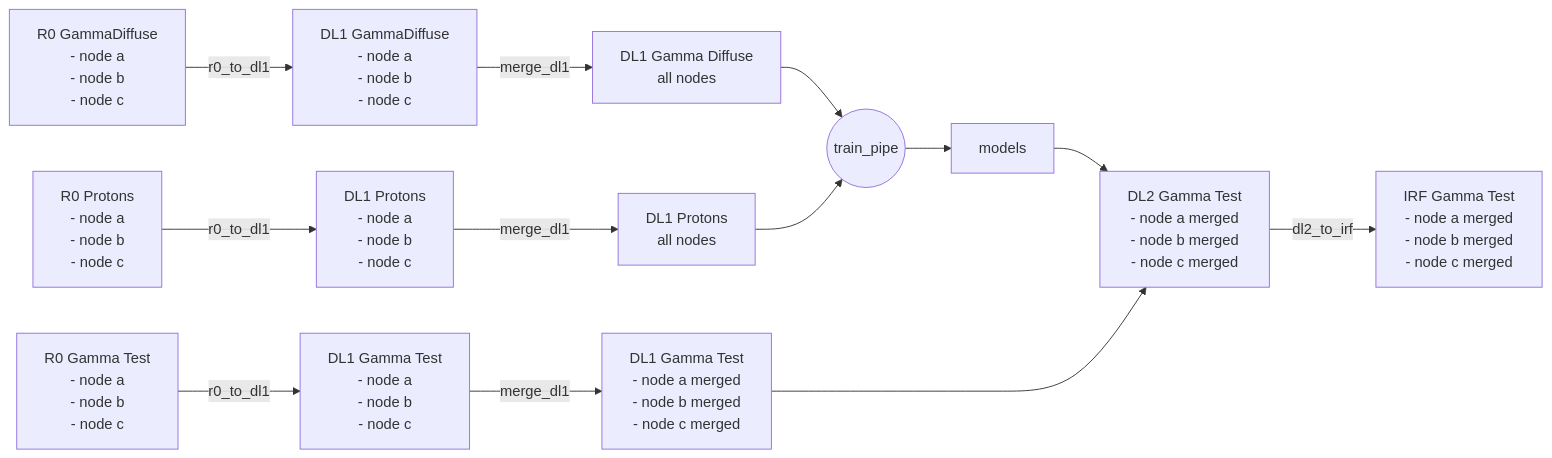
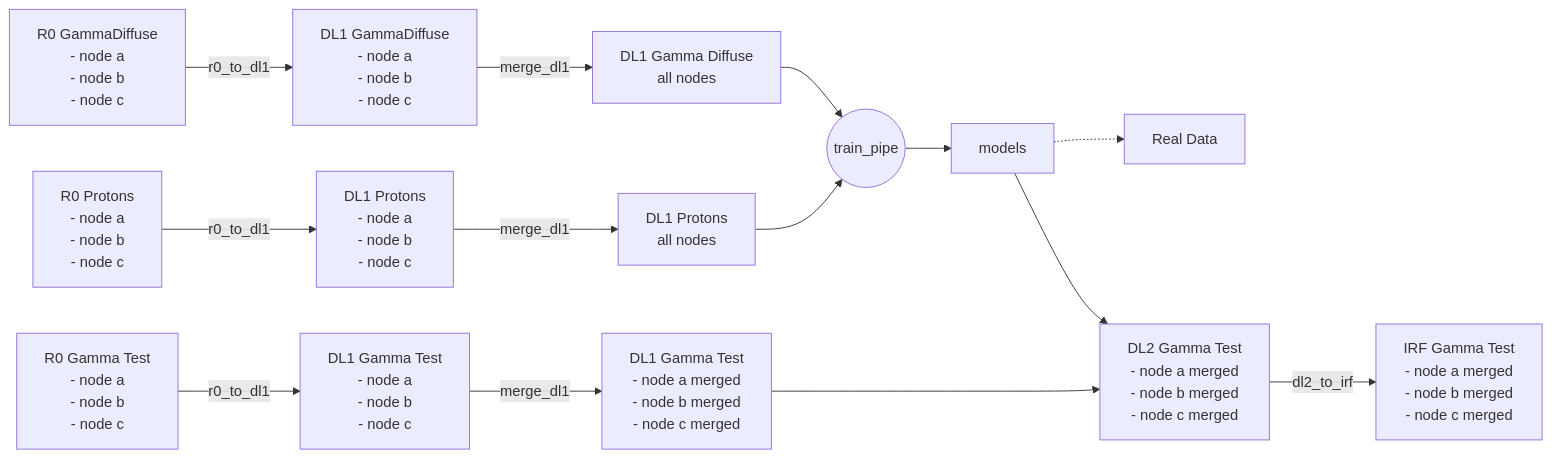
One commit to cta-observatory/lstmcpipe changed the third of 4 diagrams in docs/pipeline.rst. Above: the diagram before and after it, drawn with Mermaid. The commit also changed other lines of this file, not shown here.

Commit message:
add .-> to real data

```diff
--- a/docs/pipeline.rst
+++ b/docs/pipeline.rst
@@ -138,33 +140,33 @@
 .. mermaid::
 
     flowchart LR
 
         R0-Protons[R0 Protons \n - node a\n - node b\n - node c]
         R0-GammaDiffuse[R0 GammaDiffuse \n - node a\n - node b\n - node c]
         R0-GammaTest[R0 Gamma Test \n - node a\n - node b\n - node c]
 
         DL1-Protons[DL1 Protons \n - node a\n - node b\n - node c]
         DL1-GammaDiffuse[DL1 GammaDiffuse \n - node a\n - node b\n - node c]
         DL1-GammaTest[DL1 Gamma Test \n - node a\n - node b\n - node c]
 
 
         R0-GammaDiffuse --> |r0_to_dl1| DL1-GammaDiffuse
         R0-Protons --> |r0_to_dl1| DL1-Protons
         R0-GammaTest --> |r0_to_dl1| DL1-GammaTest
 
 
         DL1-GammaDiffuse --> |merge_dl1| DL1-GammaDiffuse-merged[DL1 Gamma Diffuse\nall nodes]
         DL1-Protons --> |merge_dl1| DL1-Protons-merged[DL1 Protons\nall nodes]
 
         DL1-GammaDiffuse-merged & DL1-Protons-merged --> train_pipe((train_pipe))
 
-        train_pipe --> models
+        train_pipe --> models .-> real_data[Real Data]
 
         models --> DL2-GammaTest
 
         DL1-GammaTest --> |merge_dl1| DL1-GammaTest-merged[DL1 Gamma Test \n - node a merged\n - node b merged\n - node c merged]
         DL1-GammaTest-merged ----> DL2-GammaTest
         DL2-GammaTest[DL2 Gamma Test \n - node a merged\n - node b merged\n - node c merged]
 
         DL2-GammaTest --> |dl2_to_irf| IRF-GammaTest
         IRF-GammaTest[IRF Gamma Test \n - node a merged\n - node b merged\n - node c merged]
```
